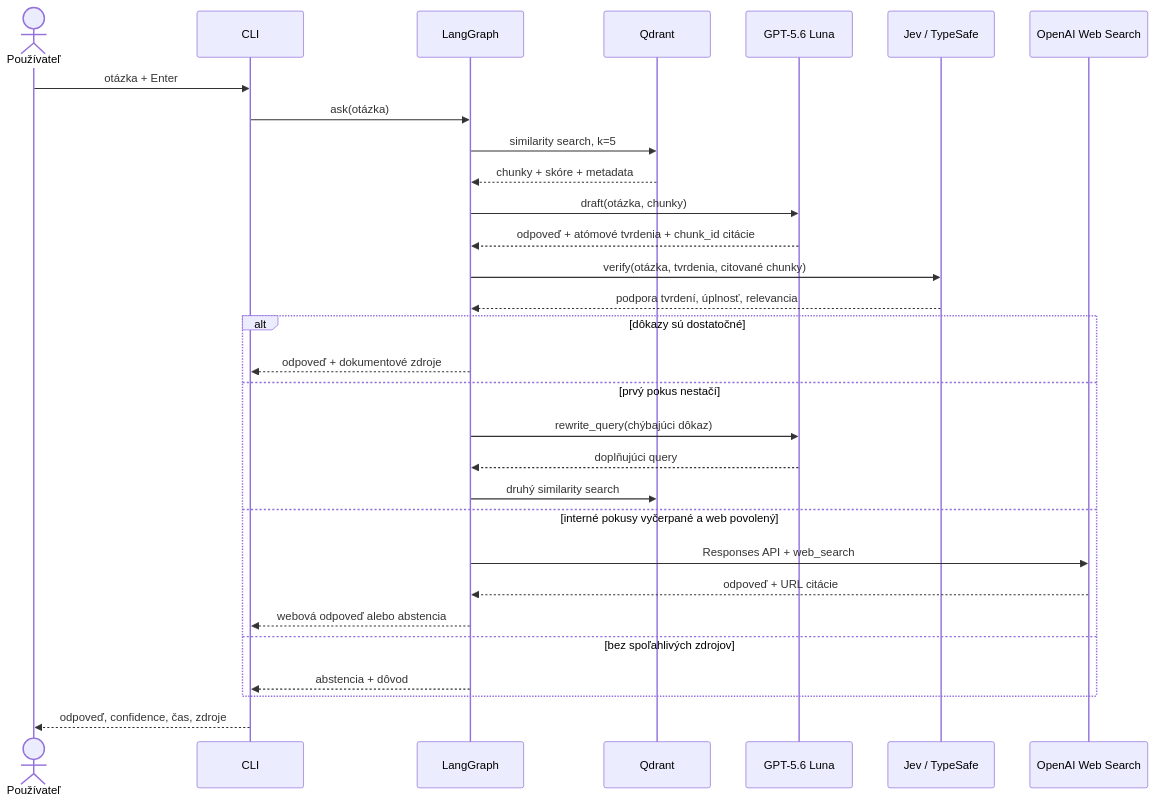
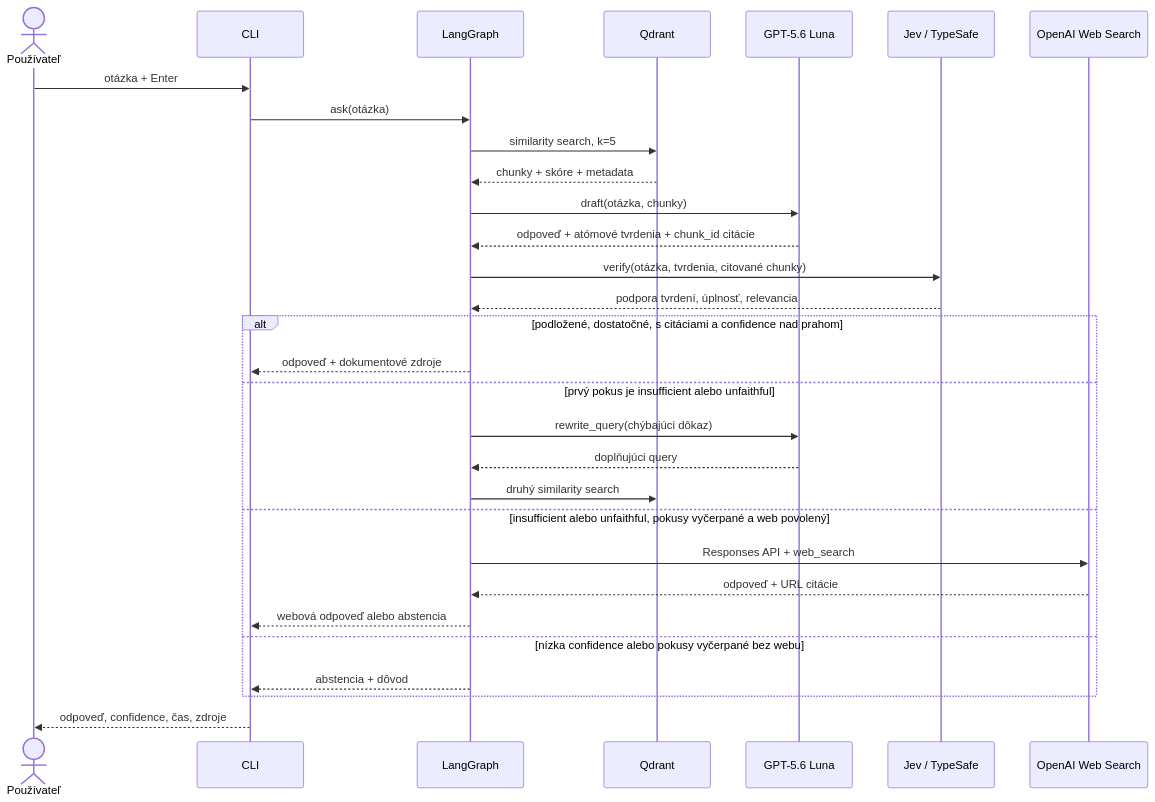
The second of 4 diagrams in docs/ARCHITECTURE.md (samuelbagin1/doc-ai-assistent), drawn with Mermaid before and after one commit. The commit also changed other lines of this file and 3 other files, not shown here.

Commit message:
refactor: conditional edges bu state diagram

````diff
--- a/docs/ARCHITECTURE.md
+++ b/docs/ARCHITECTURE.md
@@ -74,33 +74,33 @@
 ```mermaid
 sequenceDiagram
     actor U as Používateľ
     participant C as CLI
     participant G as LangGraph
     participant Q as Qdrant
     participant D as GPT-5.6 Luna
     participant J as Jev / TypeSafe
     participant W as OpenAI Web Search
 
     U->>C: otázka + Enter
     C->>G: ask(otázka)
     G->>Q: similarity search, k=5
     Q-->>G: chunky + skóre + metadata
     G->>D: draft(otázka, chunky)
     D-->>G: odpoveď + atómové tvrdenia + chunk_id citácie
     G->>J: verify(otázka, tvrdenia, citované chunky)
     J-->>G: podpora tvrdení, úplnosť, relevancia
-    alt dôkazy sú dostatočné
+    alt podložené, dostatočné, s citáciami a confidence nad prahom
         G-->>C: odpoveď + dokumentové zdroje
-    else prvý pokus nestačí
+    else prvý pokus je insufficient alebo unfaithful
         G->>D: rewrite_query(chýbajúci dôkaz)
         D-->>G: doplňujúci query
         G->>Q: druhý similarity search
-    else interné pokusy vyčerpané a web povolený
+    else insufficient alebo unfaithful, pokusy vyčerpané a web povolený
         G->>W: Responses API + web_search
         W-->>G: odpoveď + URL citácie
         G-->>C: webová odpoveď alebo abstencia
-    else bez spoľahlivých zdrojov
+    else nízka confidence alebo pokusy vyčerpané bez webu
         G-->>C: abstencia + dôvod
     end
     C-->>U: odpoveď, confidence, čas, zdroje
 ```
````
